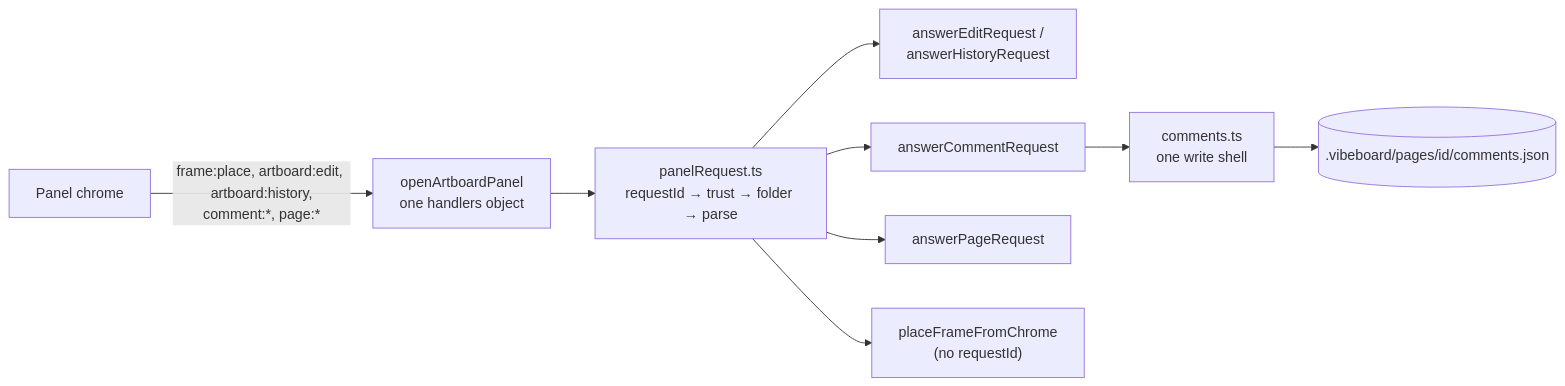
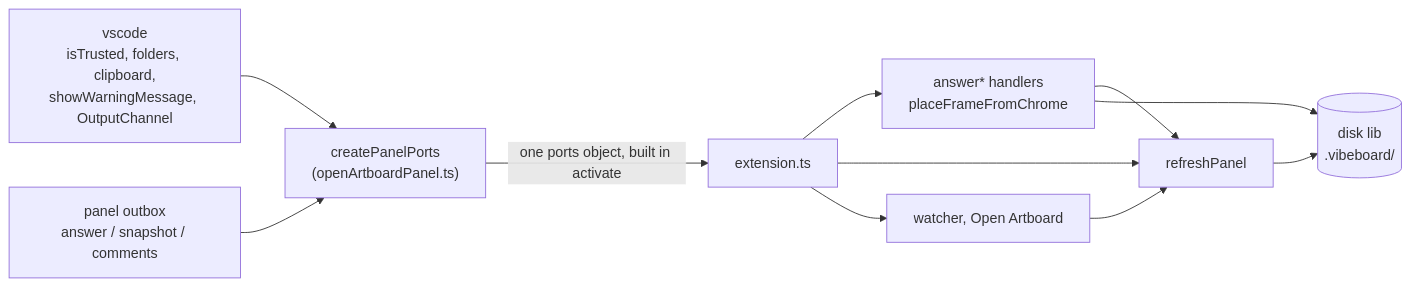
Before and after one commit to MarekBombera/cursor-design-extension: the diagram in blueprint/context/current-feature-overview.md, drawn with Mermaid. The commit also changed other lines of this file and 23 other files, not shown here.

````diff
--- a/blueprint/context/current-feature-overview.md
+++ b/blueprint/context/current-feature-overview.md
@@ -11,11 +37,13 @@
 ```mermaid
 flowchart LR
-  Chrome["Panel chrome"] -->|"frame:place, artboard:edit, artboard:history,<br/>comment:*, page:*"| Route["openArtboardPanel<br/>one handlers object"]
-  Route --> Pre["panelRequest.ts<br/>requestId → trust → folder → parse"]
-  Pre --> Edit["answerEditRequest /<br/>answerHistoryRequest"]
-  Pre --> Comments["answerCommentRequest"]
-  Pre --> Pages["answerPageRequest"]
-  Pre --> Place["placeFrameFromChrome<br/>(no requestId)"]
-  Comments --> Shell["comments.ts<br/>one write shell"]
-  Shell --> Disk[(".vibeboard/pages/id/comments.json")]
+  VS["vscode<br/>isTrusted, folders, clipboard,<br/>showWarningMessage, OutputChannel"] --> B["createPanelPorts<br/>(openArtboardPanel.ts)"]
+  OB["panel outbox<br/>answer / snapshot / comments"] --> B
+  B -->|"one ports object, built in activate"| EXT["extension.ts"]
+  EXT --> H["answer* handlers<br/>placeFrameFromChrome"]
+  EXT --> R["refreshPanel"]
+  EXT --> W["watcher, Open Artboard"]
+  W --> R
+  H --> R
+  H --> D[("disk lib<br/>.vibeboard/")]
+  R --> D
 ```
````
